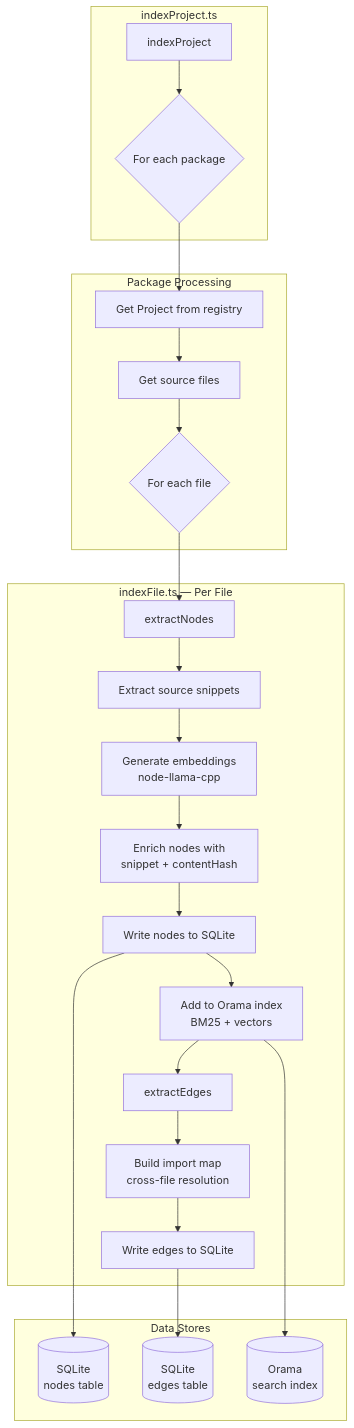
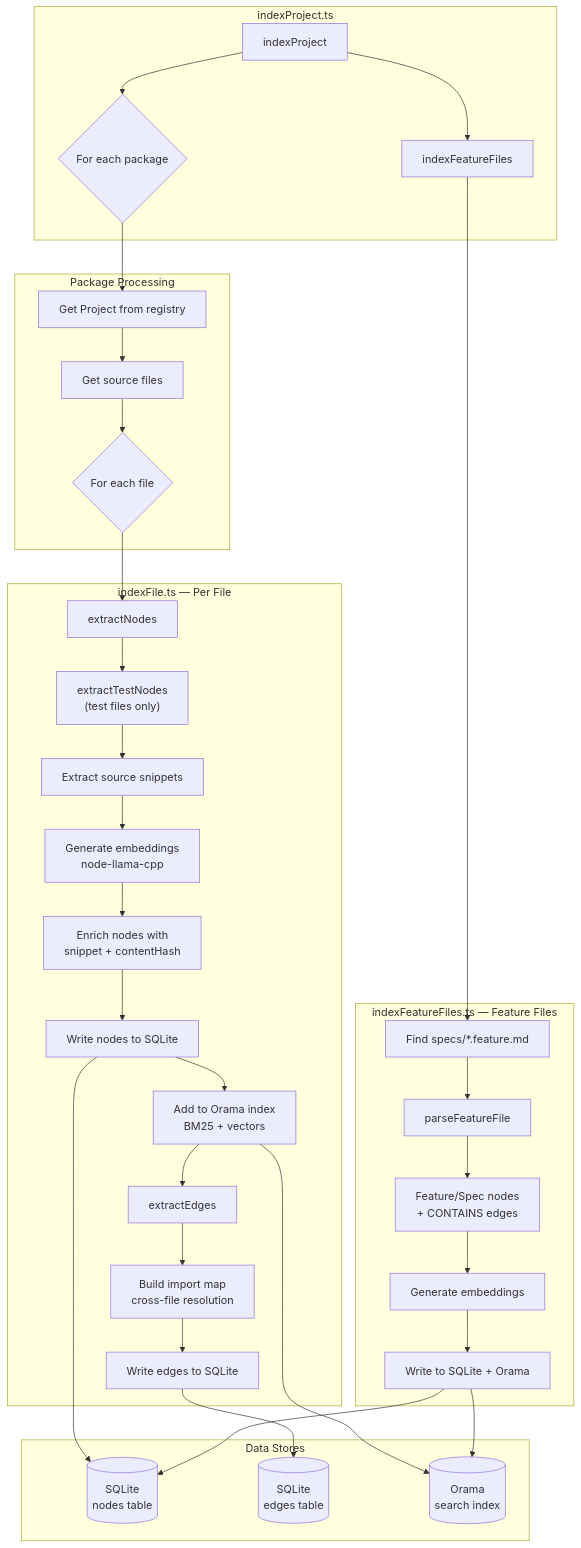
Before and after one commit to couzic/ts-graph-mcp: the second of 2 diagrams in ARCHITECTURE.md, drawn with Mermaid. The commit also changed other lines of this file and 28 other files, not shown here.

First line of the commit message:
add missing @spec annotations, doc updates, and test coverage

````diff
--- a/ARCHITECTURE.md
+++ b/ARCHITECTURE.md
@@ -151,30 +170,42 @@
 ```mermaid
 flowchart TD
     subgraph Entry["indexProject.ts"]
-        A[indexProject] --> B{For each package}
+        A[indexProject] --> FF[indexFeatureFiles]
+        A --> B{For each package}
+    end
+
+    subgraph FeatureFiles["indexFeatureFiles.ts — Feature Files"]
+        FF --> FF1[Find specs/*.feature.md]
+        FF1 --> FF2[parseFeatureFile]
+        FF2 --> FF3[Feature/Spec nodes<br/>+ CONTAINS edges]
+        FF3 --> FF4[Generate embeddings]
+        FF4 --> FF5[Write to SQLite + Orama]
     end
 
     subgraph Package["Package Processing"]
         B --> C[Get Project from registry]
         C --> D[Get source files]
         D --> E{For each file}
     end
 
     subgraph File["indexFile.ts — Per File"]
         E --> F[extractNodes]
-        F --> H[Extract source snippets]
+        F --> TN["extractTestNodes<br/>(test files only)"]
+        TN --> H[Extract source snippets]
         H --> I[Generate embeddings<br/>node-llama-cpp]
         I --> EN[Enrich nodes with<br/>snippet + contentHash]
         EN --> G[Write nodes to SQLite]
         G --> J[Add to Orama index<br/>BM25 + vectors]
         J --> O[extractEdges]
         O --> P[Build import map<br/>cross-file resolution]
         P --> Q[Write edges to SQLite]
     end
 
     subgraph Storage["Data Stores"]
         G --> DB[(SQLite<br/>nodes table)]
         Q --> DB2[(SQLite<br/>edges table)]
         J --> SI[(Orama<br/>search index)]
+        FF5 --> DB
+        FF5 --> SI
     end
 ```
````
